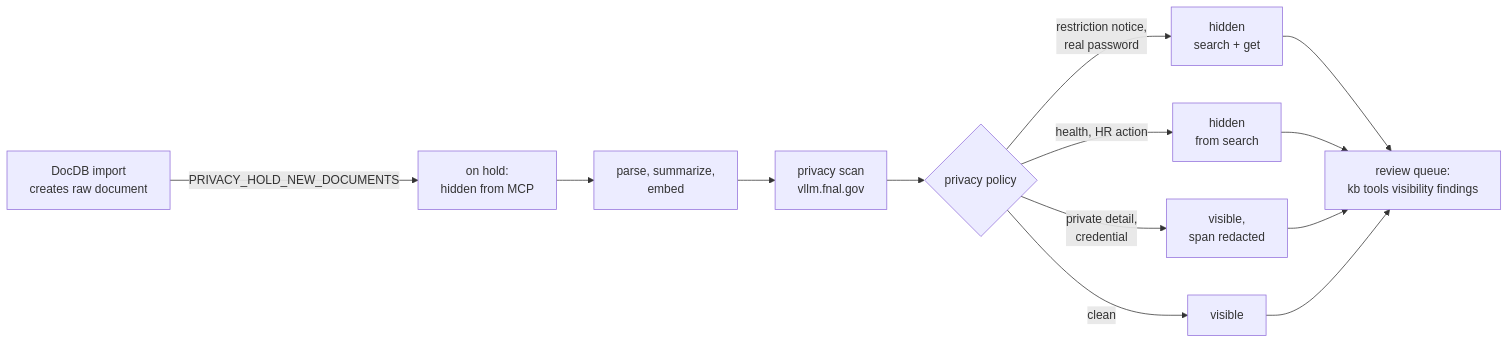
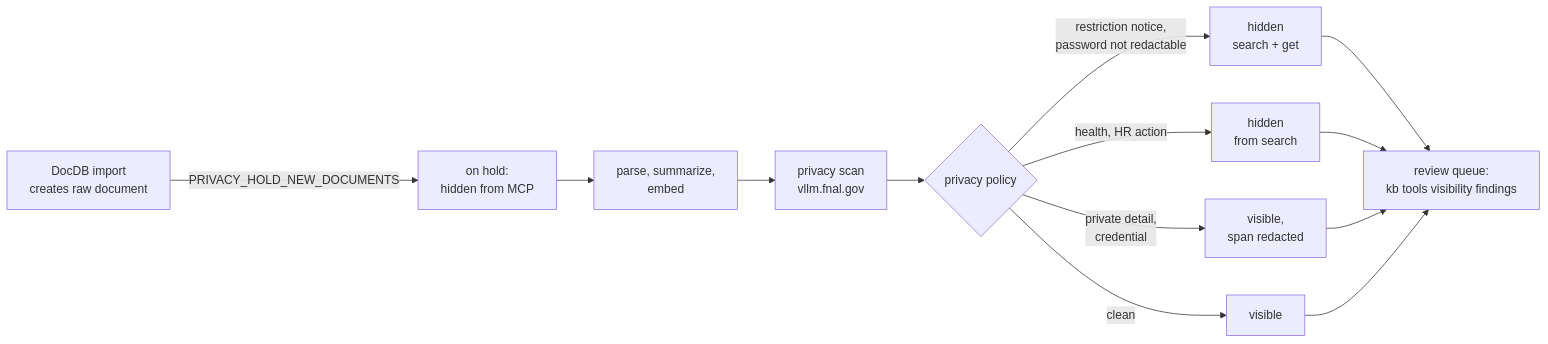
The diagram in docs/guides/privacy.md (Mu2e/kb-mcp), drawn with Mermaid before and after one commit. The commit also changed other lines of this file and 2 other files, not shown here.

Commit message:
Redact a high-severity password instead of hiding its document, and hide only when it cannot be redacted.
A high credential finding hid the whole document from search and kb_get,
although the scan quotes the password: on the 2026-11-14 full scan all 66
high credential findings had a span, 64 found verbatim in the text. So a
vendor manual with its factory default password, or a review's access
instructions, disappeared entirely for one string. The policy now redacts
the exact span and flags the document for review (the scan may not quote
every password a document holds); a finding without an exact span still
hides the document. The privacy guide's flow chart and rule table follow.

````diff
--- a/docs/guides/privacy.md
+++ b/docs/guides/privacy.md
@@ -27,12 +27,12 @@
 ```mermaid
 flowchart LR
     A[DocDB import<br/>creates raw document] -->|PRIVACY_HOLD_NEW_DOCUMENTS| B[on hold:<br/>hidden from MCP]
     B --> C[parse, summarize,<br/>embed]
     C --> D[privacy scan<br/>vllm.fnal.gov]
     D --> E{privacy policy}
-    E -->|restriction notice,<br/>real password| F[hidden<br/>search + get]
+    E -->|restriction notice,<br/>password not redactable| F[hidden<br/>search + get]
     E -->|health, HR action| G[hidden<br/>from search]
     E -->|private detail,<br/>credential| H[visible,<br/>span redacted]
     E -->|clean| I[visible]
     F & G & H & I --> R[review queue:<br/>kb tools visibility findings]
 ```
````
